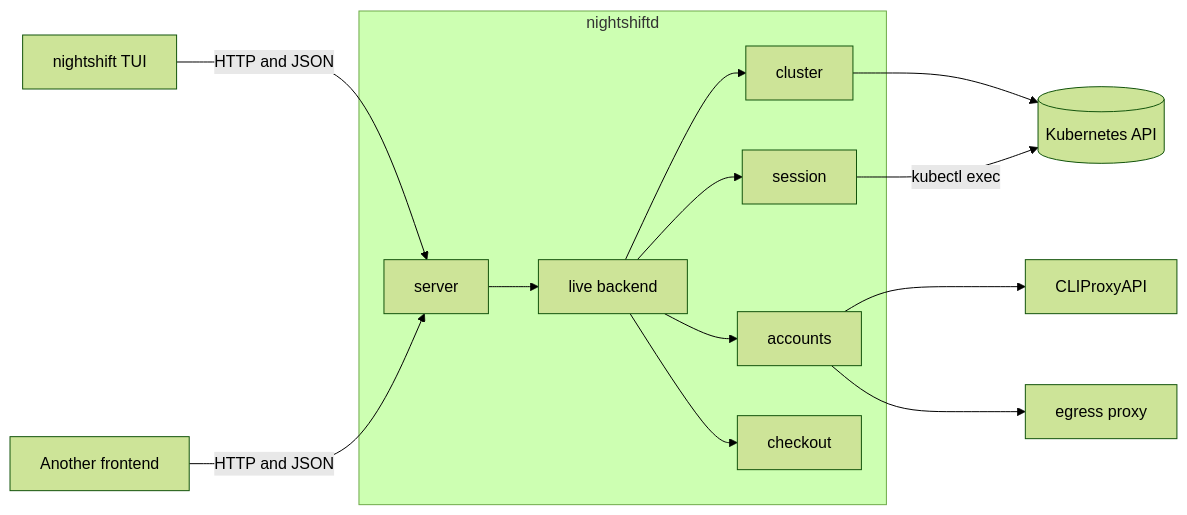
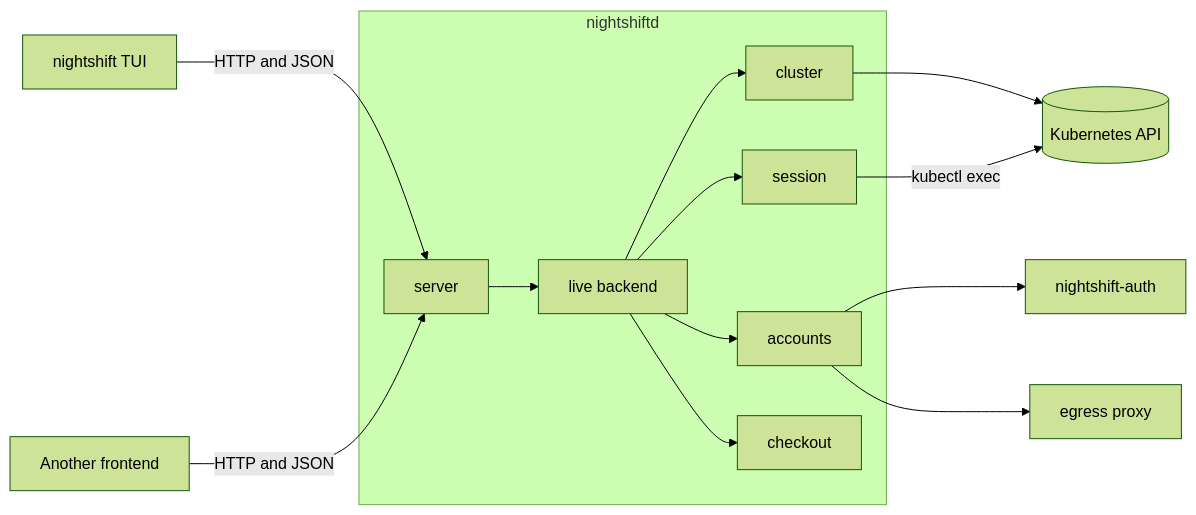
The first of 4 diagrams in ARCHITECTURE.md (tmih06/nightshift), drawn with Mermaid (forest theme) before and after one commit. The commit also changed other lines of this file and 100 other files, not shown here.

First line of the commit message:
feat!: add devin and the nightshift-auth service

````diff
--- a/ARCHITECTURE.md
+++ b/ARCHITECTURE.md
@@ -16,16 +16,16 @@
 ```mermaid
 flowchart LR
   TUI[nightshift TUI] -->|HTTP and JSON| API
   Other[Another frontend] -->|HTTP and JSON| API
   subgraph Services[nightshiftd]
     API[server] --> Live[live backend]
     Live --> Fleet[cluster]
     Live --> Terms[session]
     Live --> Acc[accounts]
     Live --> Co[checkout]
   end
   Fleet --> K8s[(Kubernetes API)]
   Terms -->|kubectl exec| K8s
-  Acc --> CPA[CLIProxyAPI]
+  Acc --> Auth[nightshift-auth]
   Acc --> Proxy[egress proxy]
 ```
````
